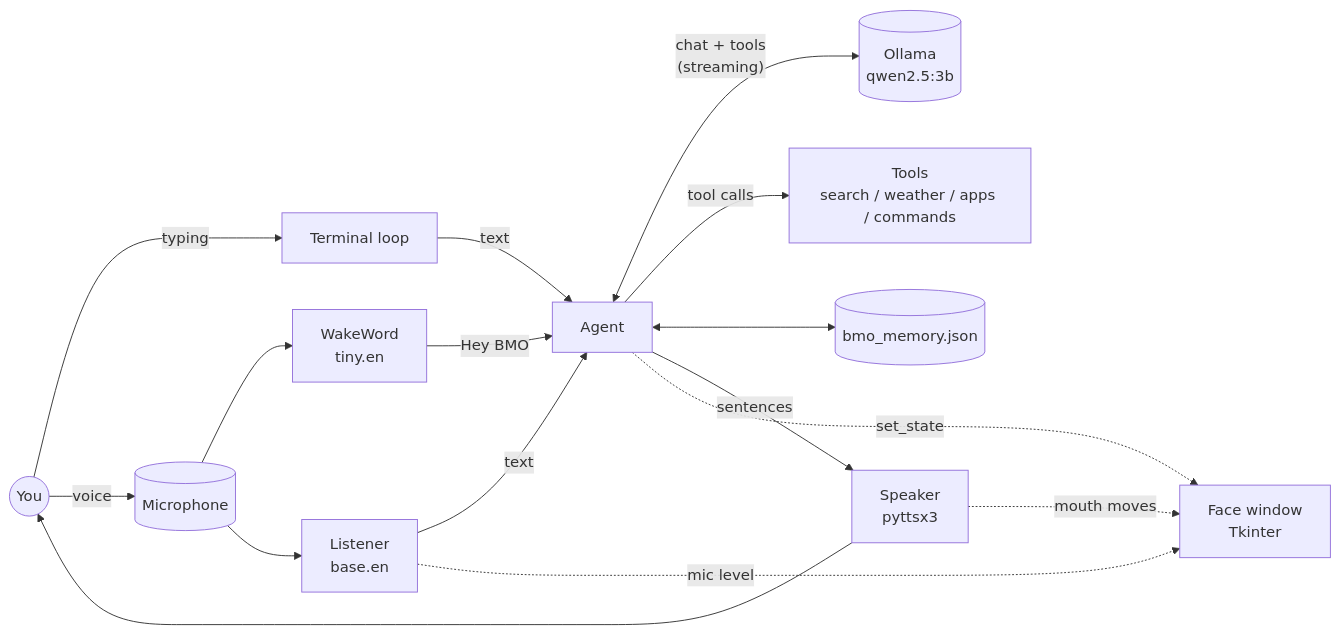
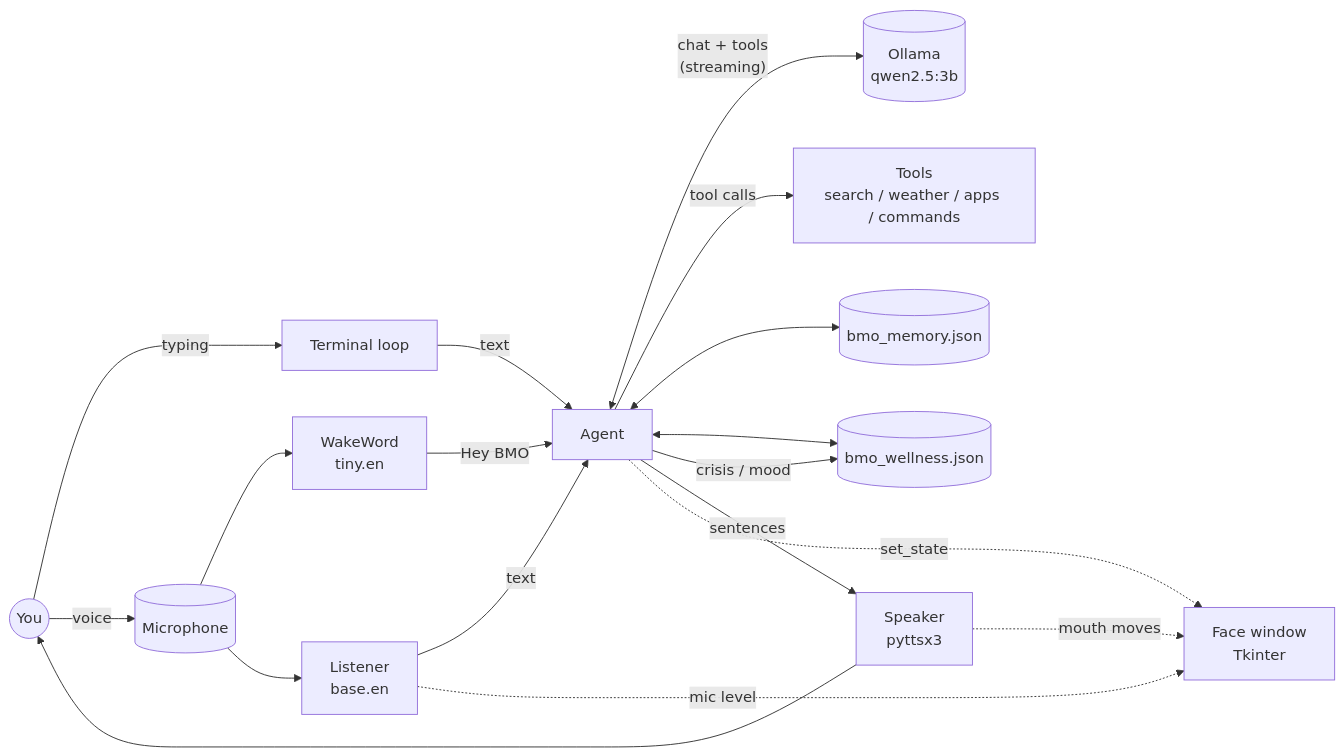
The first of 3 diagrams in docs/ARCHITECTURE.md (sHuCkLe1/local-bmo-agent), drawn with Mermaid before and after one commit. The commit also changed other lines of this file and 3 other files, not shown here.

````diff
--- a/docs/ARCHITECTURE.md
+++ b/docs/ARCHITECTURE.md
@@ -23,18 +24,20 @@
 ```mermaid
 flowchart LR
     you((You)) -- typing --> CLI[Terminal loop]
     you -- voice --> Mic[(Microphone)]
     Mic --> Wake[WakeWord<br/>tiny.en]
     Mic --> Listener[Listener<br/>base.en]
     Wake -- "Hey BMO" --> Agent
     Listener -- text --> Agent
     CLI -- text --> Agent
     Agent <-- "chat + tools<br/>(streaming)" --> Ollama[(Ollama<br/>qwen2.5:3b)]
     Agent -- tool calls --> Tools[Tools<br/>search / weather / apps / commands]
     Agent <--> Memory[(bmo_memory.json)]
+    Agent <--> Wellness[(bmo_wellness.json)]
+    Agent -- "crisis / mood" --> Wellness
     Agent -- sentences --> Speaker[Speaker<br/>pyttsx3]
     Speaker --> you
     Agent -. set_state .-> Face[Face window<br/>Tkinter]
     Speaker -. mouth moves .-> Face
     Listener -. mic level .-> Face
 ```
````
